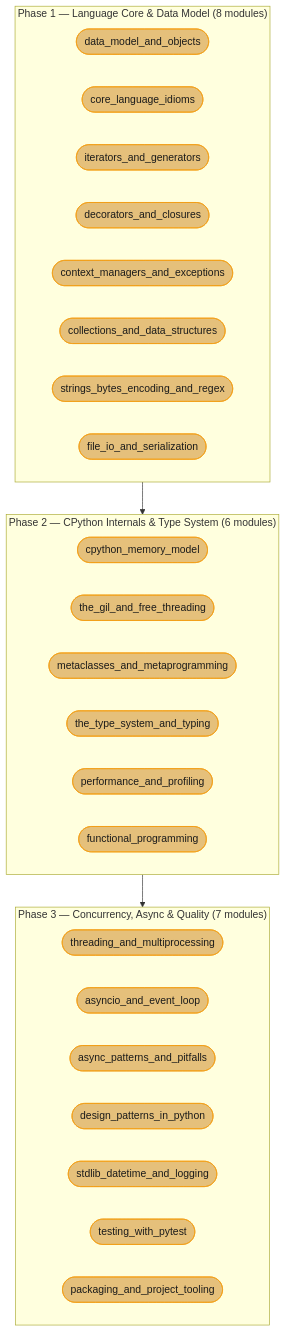
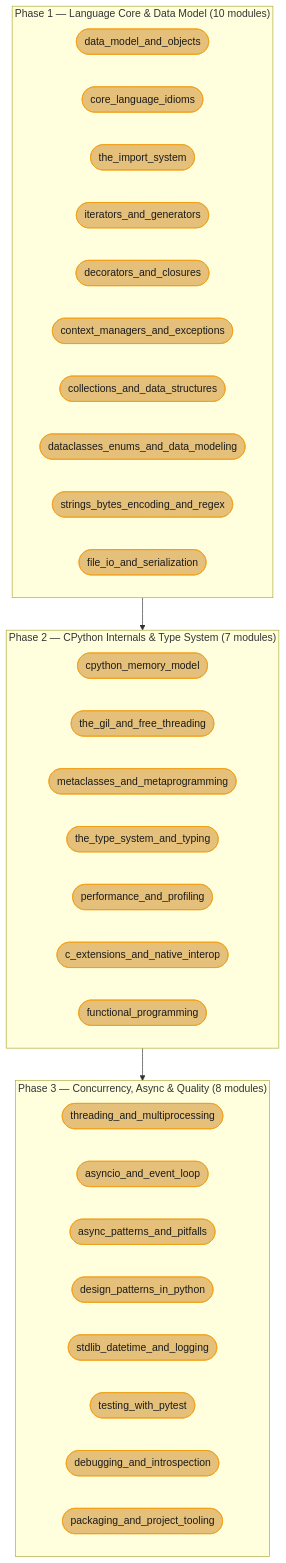
Before and after one commit to rppol/system-design: the diagram in src/main/java/com/rutik/systemdesign/python/README.md, drawn with Mermaid. The commit also changed other lines of this file and 655 other files, not shown here.

````diff
--- a/src/main/java/com/rutik/systemdesign/python/README.md
+++ b/src/main/java/com/rutik/systemdesign/python/README.md
@@ -54,44 +57,48 @@
 ```mermaid
 flowchart TD
     classDef io      fill:#61afef,stroke:#2e86c1,color:#1a1a1a,font-weight:bold
     classDef frozen  fill:#c678dd,stroke:#9b59b6,color:#fff
     classDef train   fill:#98c379,stroke:#27ae60,color:#1a1a1a
     classDef mathOp  fill:#d19a66,stroke:#e67e22,color:#1a1a1a,font-weight:bold
     classDef lossN   fill:#e06c75,stroke:#c0392b,color:#fff,font-weight:bold
     classDef req     fill:#56b6c2,stroke:#0097a7,color:#1a1a1a
     classDef base    fill:#e5c07b,stroke:#f39c12,color:#1a1a1a
 
-    subgraph phase1["Phase 1 — Language Core & Data Model (8 modules)"]
+    subgraph phase1["Phase 1 — Language Core & Data Model (10 modules)"]
         p1a(["data_model_and_objects"])
         p1b(["core_language_idioms"])
+        p1i(["the_import_system"])
         p1c(["iterators_and_generators"])
         p1d(["decorators_and_closures"])
         p1e(["context_managers_and_exceptions"])
         p1f(["collections_and_data_structures"])
+        p1j(["dataclasses_enums_and_data_modeling"])
         p1g(["strings_bytes_encoding_and_regex"])
         p1h(["file_io_and_serialization"])
     end
 
-    subgraph phase2["Phase 2 — CPython Internals & Type System (6 modules)"]
+    subgraph phase2["Phase 2 — CPython Internals & Type System (7 modules)"]
         p2a(["cpython_memory_model"])
         p2b(["the_gil_and_free_threading"])
         p2c(["metaclasses_and_metaprogramming"])
         p2d(["the_type_system_and_typing"])
         p2e(["performance_and_profiling"])
+        p2g(["c_extensions_and_native_interop"])
         p2f(["functional_programming"])
     end
 
-    subgraph phase3["Phase 3 — Concurrency, Async & Quality (7 modules)"]
+    subgraph phase3["Phase 3 — Concurrency, Async & Quality (8 modules)"]
         p3a(["threading_and_multiprocessing"])
         p3b(["asyncio_and_event_loop"])
         p3c(["async_patterns_and_pitfalls"])
         p3d(["design_patterns_in_python"])
         p3e(["stdlib_datetime_and_logging"])
         p3f(["testing_with_pytest"])
+        p3h(["debugging_and_introspection"])
         p3g(["packaging_and_project_tooling"])
     end
 
     phase1 --> phase2 --> phase3
 
-    class p1a,p1b,p1c,p1d,p1e,p1f,p1g,p1h,p2a,p2b,p2c,p2d,p2e,p2f,p3a,p3b,p3c,p3d,p3e,p3f,p3g base
+    class p1a,p1b,p1c,p1d,p1e,p1f,p1g,p1h,p1i,p1j,p2a,p2b,p2c,p2d,p2e,p2f,p2g,p3a,p3b,p3c,p3d,p3e,p3f,p3g,p3h base
 ```
````
